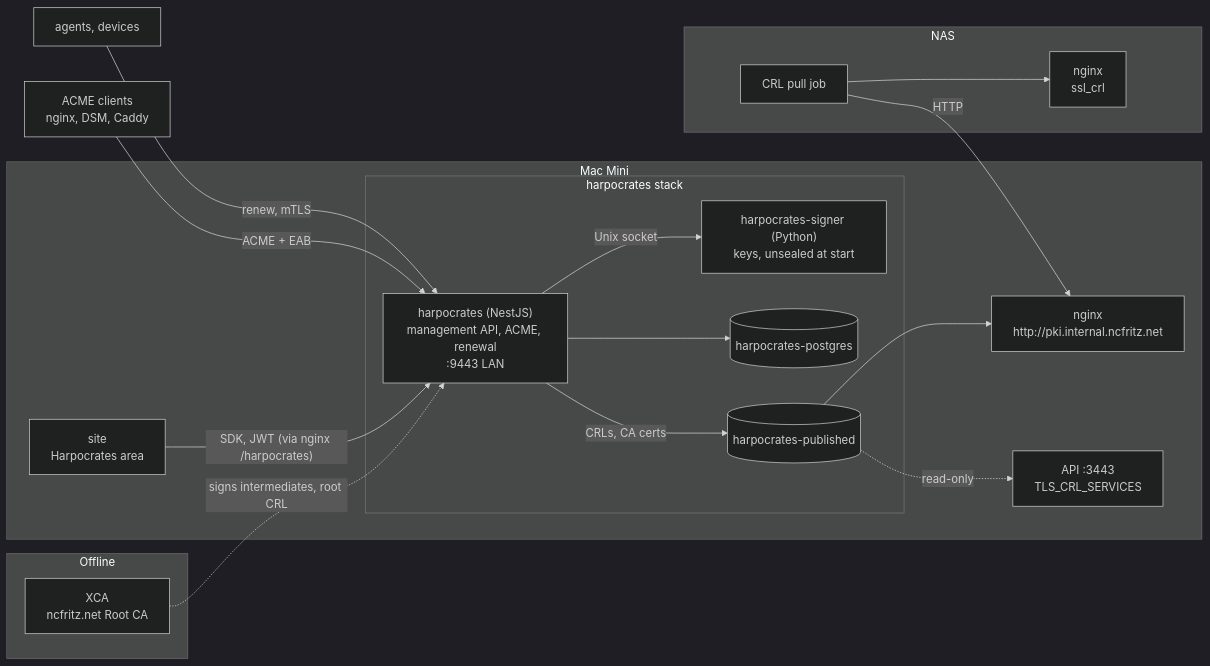
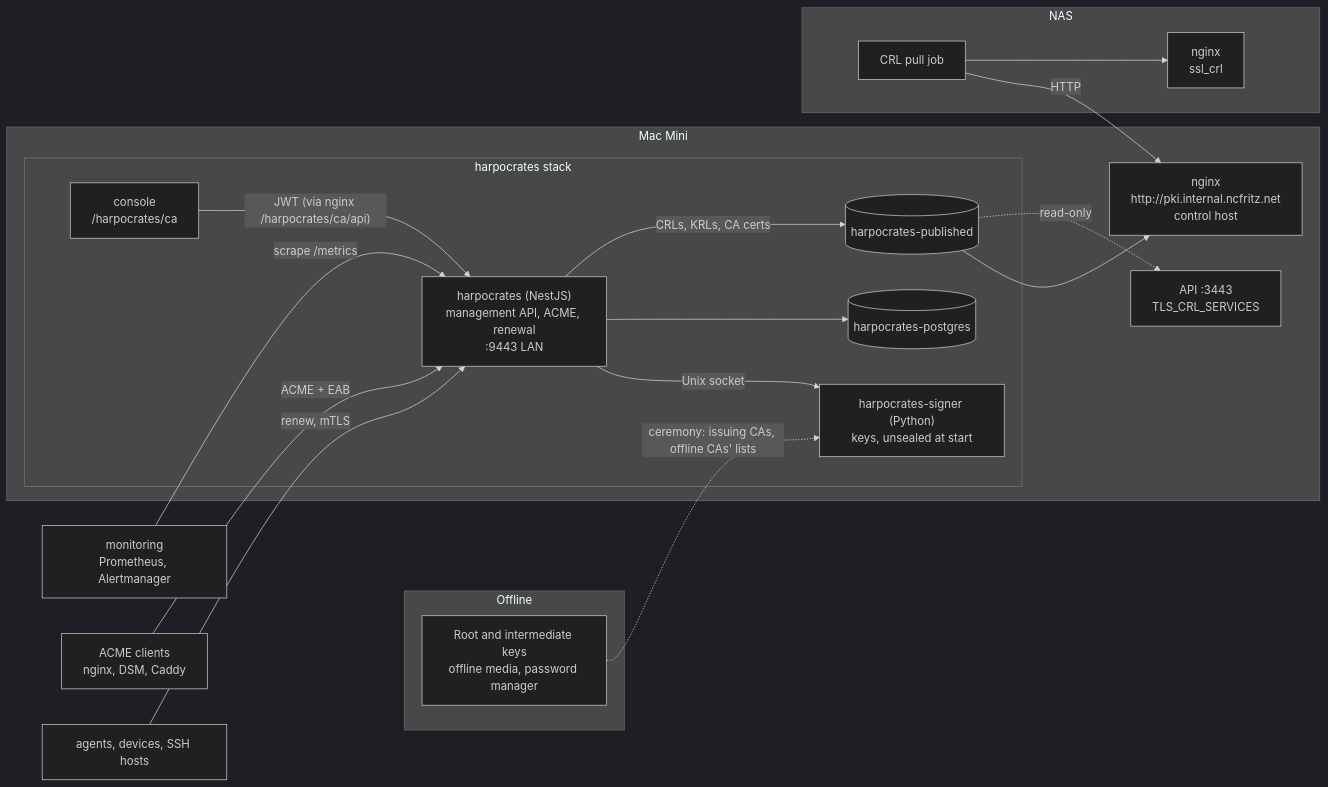
The first of 4 diagrams in docs/decisions/0020-internal-certificate-authority.md (ncfritz/olympus), drawn with Mermaid (dark theme) before and after one commit. The commit also changed other lines of this file and 7 other files, not shown here.

````diff
--- a/docs/decisions/0020-internal-certificate-authority.md
+++ b/docs/decisions/0020-internal-certificate-authority.md
@@ -354,35 +527,37 @@
 ```mermaid
 flowchart LR
   subgraph Offline
-    XCA["XCA<br/>ncfritz.net Root CA"]
+    ROOT["Root and intermediate keys<br/>offline media, password manager"]
   end
   subgraph MacMini["Mac Mini"]
     subgraph HARP["harpocrates stack"]
       APP["harpocrates (NestJS)<br/>management API, ACME, renewal<br/>:9443 LAN"]
       SIG["harpocrates-signer (Python)<br/>keys, unsealed at start"]
+      CON["console<br/>/harpocrates/ca"]
       DB[("harpocrates-postgres")]
       PUB[("harpocrates-published")]
     end
-    NGX["nginx<br/>http://pki.internal.ncfritz.net"]
+    NGX["nginx<br/>http://pki.internal.ncfritz.net<br/>control host"]
     API["API :3443<br/>TLS_CRL_SERVICES"]
-    SITE["site<br/>Harpocrates area"]
   end
   subgraph NAS
     EDGE["nginx<br/>ssl_crl"]
     PULL["CRL pull job"]
   end
+  MON["monitoring<br/>Prometheus, Alertmanager"]
   ACMEC["ACME clients<br/>nginx, DSM, Caddy"]
-  AGENTS["agents, devices"]
+  AGENTS["agents, devices, SSH hosts"]
 
-  XCA -. "signs intermediates, root CRL" .-> APP
+  ROOT -. "ceremony: issuing CAs, offline CAs' lists" .-> SIG
   APP -- "Unix socket" --> SIG
   APP --> DB
-  APP -- "CRLs, CA certs" --> PUB
+  APP -- "CRLs, KRLs, CA certs" --> PUB
   PUB --> NGX
   PUB -. "read-only" .-> API
   PULL -- "HTTP" --> NGX
   PULL --> EDGE
-  SITE -- "SDK, JWT (via nginx /harpocrates)" --> APP
+  CON -- "JWT (via nginx /harpocrates/ca/api)" --> APP
   ACMEC -- "ACME + EAB" --> APP
   AGENTS -- "renew, mTLS" --> APP
+  MON -- "scrape /metrics" --> APP
 ```
````
